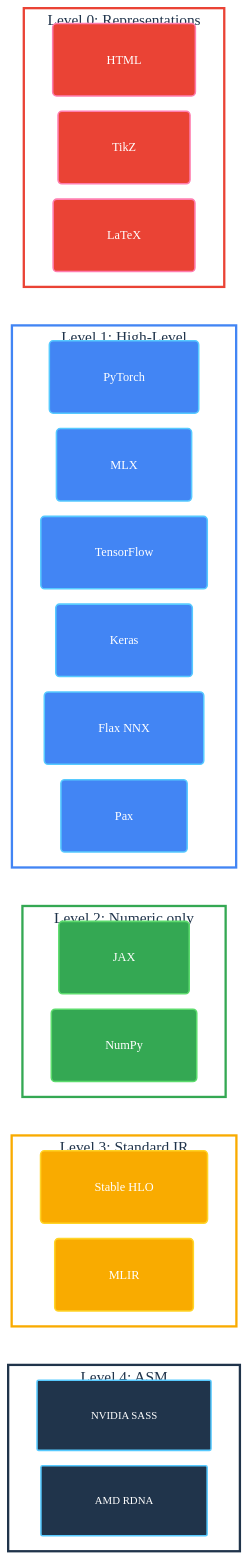
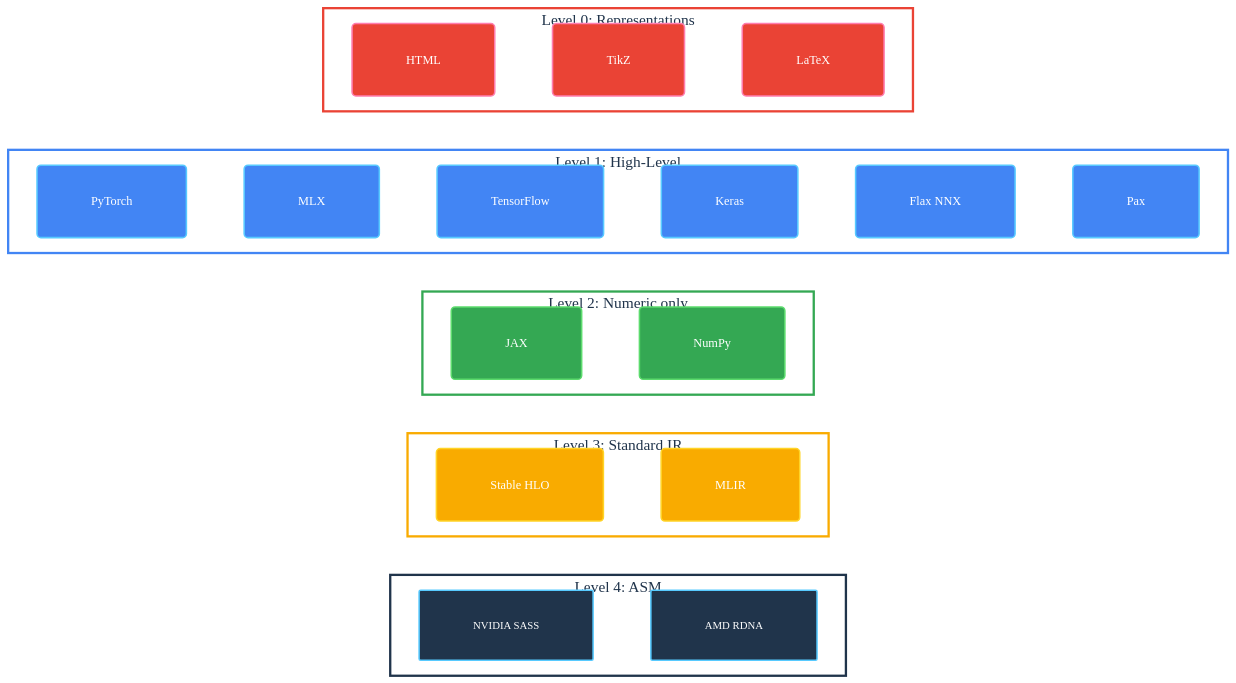
Before and after one commit to SamuelMarks/ml-switcheroo: the first of 2 diagrams in README.md, drawn with Mermaid (base theme). The commit also changed 3 other files, not shown here.

```diff
--- a/README.md
+++ b/README.md
@@ -52,37 +52,27 @@
 
     subgraph L0 [Level 0: Representations]
         direction LR
-        HTML
-        TikZ
-        LaTeX
+        HTML ~~~ TikZ ~~~ LaTeX
     end
 
     subgraph L1 [Level 1: High-Level]
         direction LR
-        PyTorch
-        MLX
-        TensorFlow
-        Keras
-        FlaxNNX[Flax NNX]
-        Pax
+        PyTorch ~~~ MLX ~~~ TensorFlow ~~~ Keras ~~~ FlaxNNX[Flax NNX] ~~~ Pax
     end
 
     subgraph L2 [Level 2: Numeric only]
         direction LR
-        JAX
-        NumPy
+        JAX ~~~ NumPy
     end
 
     subgraph L3 [Level 3: Standard IR]
         direction LR
-        StableHLO[Stable HLO]
-        MLIR
+        StableHLO[Stable HLO] ~~~ MLIR
     end
 
     subgraph LBottom [Level 4: ASM]
         direction LR
-        SASS[NVIDIA SASS]
-        RDNA[AMD RDNA]
+        SASS[NVIDIA SASS] ~~~ RDNA[AMD RDNA]
     end
 
 %% --- 4. Connections ---
```
